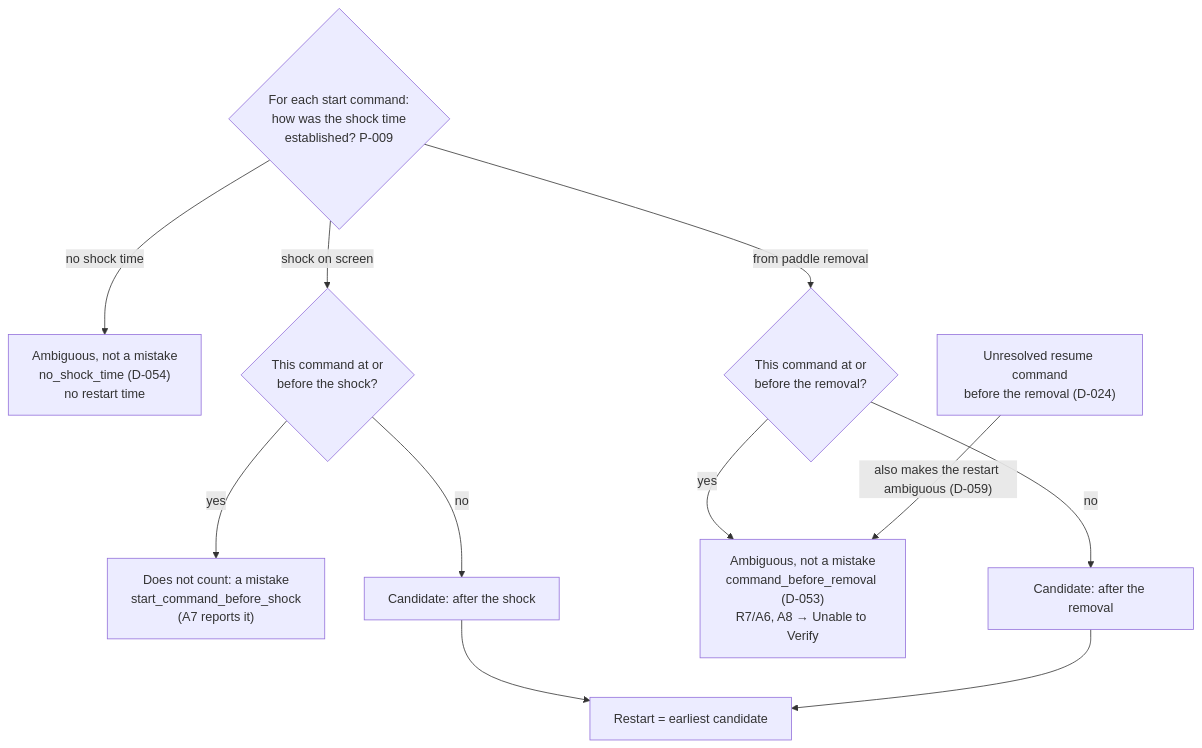
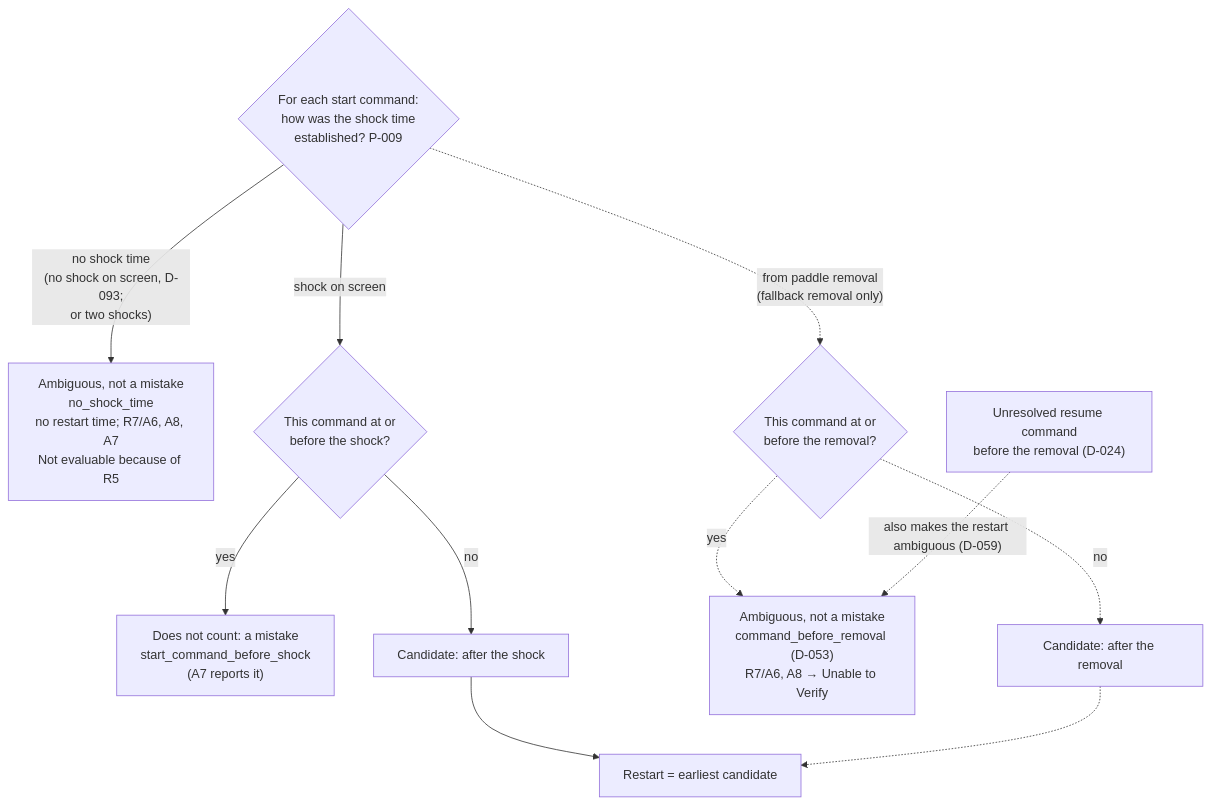
One commit to ananthu65/defibrillator_research changed the sixth of 11 diagrams in docs/rule_engine/diagrams.md. Above: the diagram before and after it, drawn with Mermaid. The commit also changed other lines of this file and 29 other files, not shown here.

````diff
--- a/docs/rule_engine/diagrams.md
+++ b/docs/rule_engine/diagrams.md
@@ -124,13 +132,13 @@
 ```mermaid
 flowchart TD
-    K{"For each start command:<br/>how was the shock time<br/>established? P-009"} -->|no shock time| A0["Ambiguous, not a mistake<br/>no_shock_time (D-054)<br/>no restart time"]
+    K{"For each start command:<br/>how was the shock time<br/>established? P-009"} -->|"no shock time<br/>(no shock on screen, D-093;<br/>or two shocks)"| A0["Ambiguous, not a mistake<br/>no_shock_time<br/>no restart time; R7/A6, A8, A7<br/>Not evaluable because of R5"]
     K -->|shock on screen| B{"This command at or<br/>before the shock?"}
     B -->|yes| B1["Does not count: a mistake<br/>start_command_before_shock<br/>(A7 reports it)"]
     B -->|no| RS["Candidate: after the shock"]
-    K -->|from paddle removal| C{"This command at or<br/>before the removal?"}
-    C -->|yes| C1["Ambiguous, not a mistake<br/>command_before_removal (D-053)<br/>R7/A6, A8 → Unable to Verify"]
-    C -->|no| RR["Candidate: after the removal"]
-    RES["Unresolved resume command<br/>before the removal (D-024)"] -->|"also makes the restart ambiguous (D-059)"| C1
+    K -.->|"from paddle removal<br/>(fallback removal only)"| C{"This command at or<br/>before the removal?"}
+    C -.->|yes| C1["Ambiguous, not a mistake<br/>command_before_removal (D-053)<br/>R7/A6, A8 → Unable to Verify"]
+    C -.->|no| RR["Candidate: after the removal"]
+    RES["Unresolved resume command<br/>before the removal (D-024)"] -.->|"also makes the restart ambiguous (D-059)"| C1
     RS --> E["Restart = earliest candidate"]
-    RR --> E
+    RR -.-> E
 ```
````
